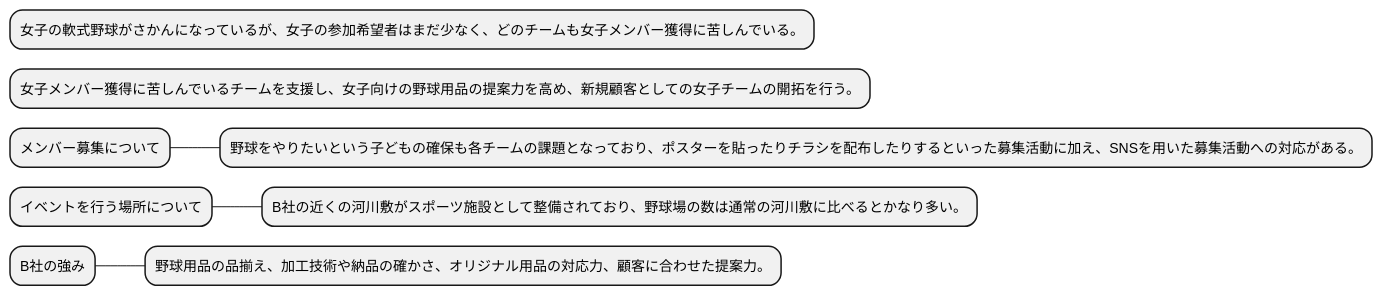
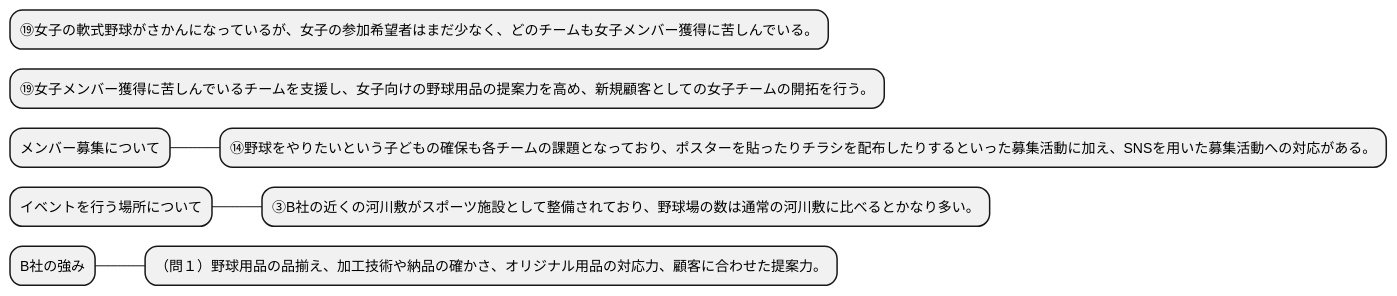
Before and after one commit to k2works/case-study-business-analysis: the fifth of 10 diagrams in docs/case/study/R05/r05_case_2_study_2.adoc, drawn with PlantUML. The commit also changed other lines of this file, not shown here.

```diff
--- a/docs/case/study/R05/r05_case_2_study_2.adoc
+++ b/docs/case/study/R05/r05_case_2_study_2.adoc
@@ -168,15 +168,15 @@
 [plantuml]
 ----
 @startmindmap
 
-* 女子の軟式野球がさかんになっているが、女子の参加希望者はまだ少なく、どのチームも女子メンバー獲得に苦しんでいる。
-* 女子メンバー獲得に苦しんでいるチームを支援し、女子向けの野球用品の提案力を高め、新規顧客としての女子チームの開拓を行う。
+* ⑲女子の軟式野球がさかんになっているが、女子の参加希望者はまだ少なく、どのチームも女子メンバー獲得に苦しんでいる。
+* ⑲女子メンバー獲得に苦しんでいるチームを支援し、女子向けの野球用品の提案力を高め、新規顧客としての女子チームの開拓を行う。
 * メンバー募集について
-** 野球をやりたいという子どもの確保も各チームの課題となっており、ポスターを貼ったりチラシを配布したりするといった募集活動に加え、SNSを用いた募集活動への対応がある。
+** ⑭野球をやりたいという子どもの確保も各チームの課題となっており、ポスターを貼ったりチラシを配布したりするといった募集活動に加え、SNSを用いた募集活動への対応がある。
 * イベントを行う場所について
-** B社の近くの河川敷がスポーツ施設として整備されており、野球場の数は通常の河川敷に比べるとかなり多い。
+** ③B社の近くの河川敷がスポーツ施設として整備されており、野球場の数は通常の河川敷に比べるとかなり多い。
 * B社の強み
-** 野球用品の品揃え、加工技術や納品の確かさ、オリジナル用品の対応力、顧客に合わせた提案力。
+** （問１）野球用品の品揃え、加工技術や納品の確かさ、オリジナル用品の対応力、顧客に合わせた提案力。
 
 @endmindmap
 ----
```
